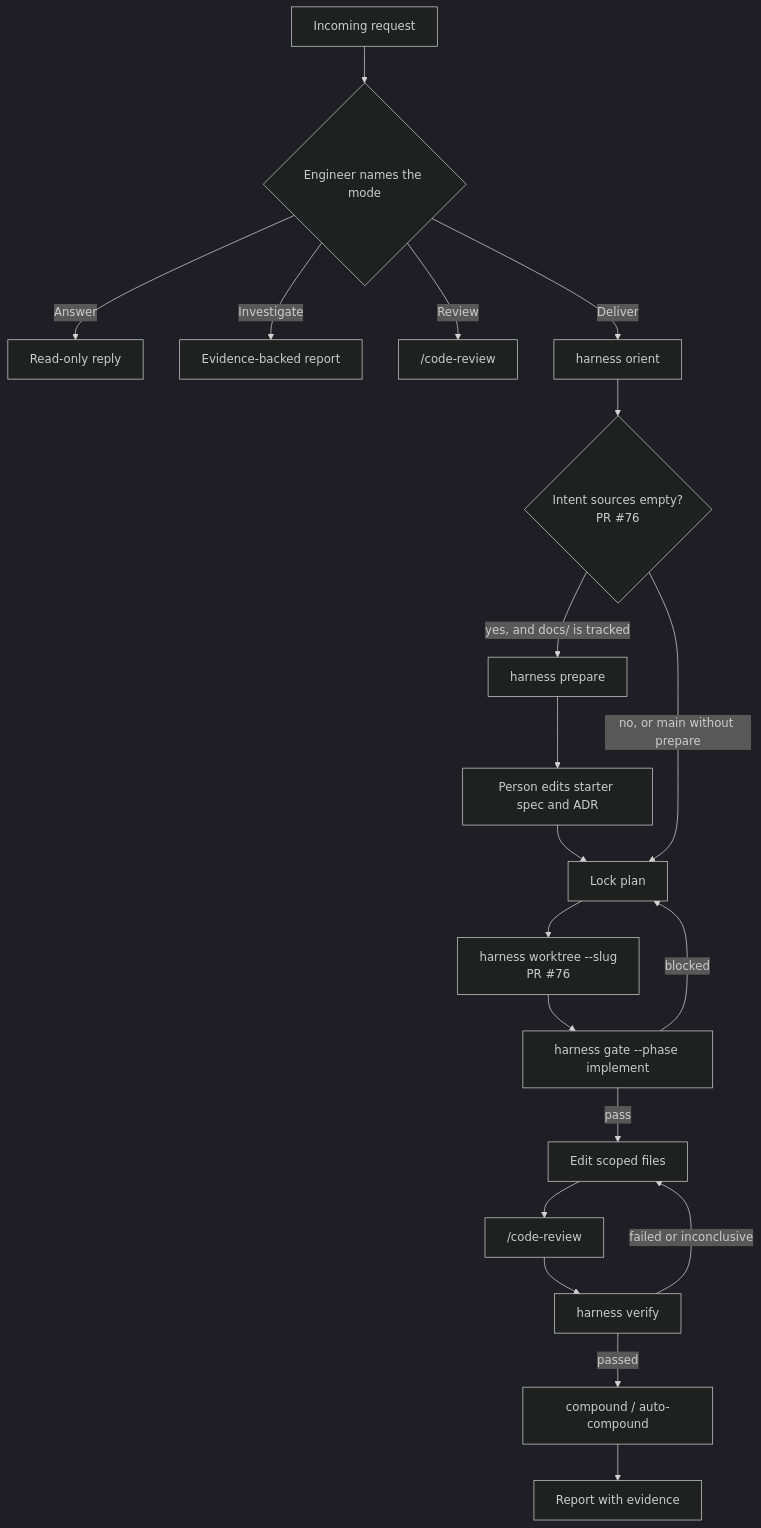
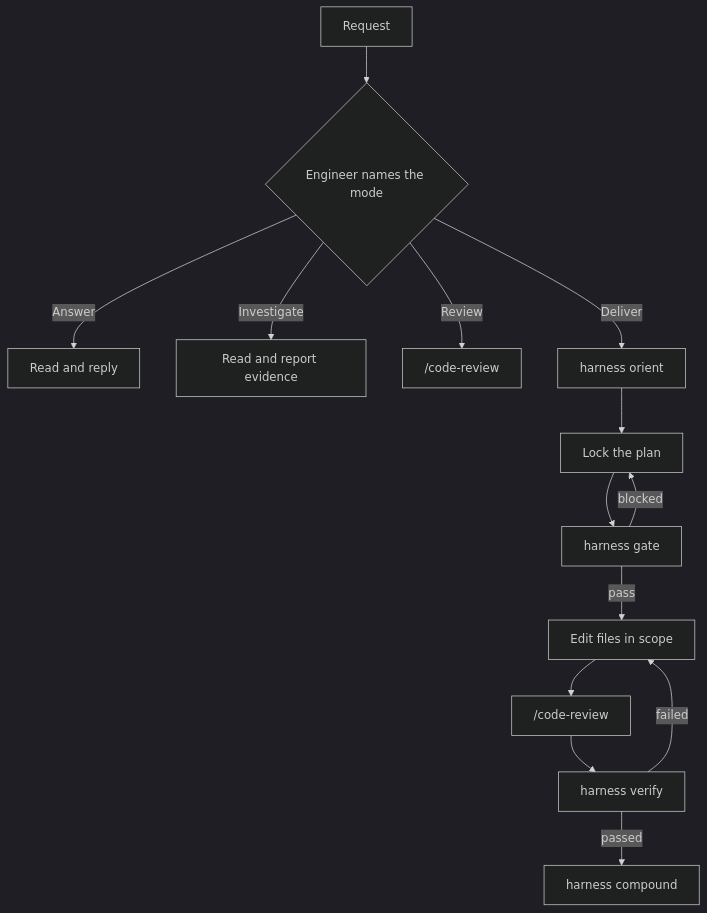
Before and after one commit to noodlemind/prompt-library: the first of 4 diagrams in docs/adaptive-engineering.md, drawn with Mermaid (dark theme). The commit also changed other lines of this file and 1 other file, not shown here.

````diff
--- a/docs/adaptive-engineering.md
+++ b/docs/adaptive-engineering.md
@@ -73,22 +58,16 @@
 ```mermaid
 flowchart TD
-  request[Incoming request] --> classify{Engineer names the mode}
-  classify -->|Answer| answer[Read-only reply]
-  classify -->|Investigate| investigate[Evidence-backed report]
+  request[Request] --> classify{Engineer names the mode}
+  classify -->|Answer| answer[Read and reply]
+  classify -->|Investigate| investigate[Read and report evidence]
   classify -->|Review| review["/code-review"]
   classify -->|Deliver| orient[harness orient]
-  orient --> prepare{"Intent sources empty?<br/>PR #76"}
-  prepare -->|yes, and docs/ is tracked| seed[harness prepare]
-  seed --> editSpecs[Person edits starter spec and ADR]
-  editSpecs --> lock[Lock plan]
-  prepare -->|no, or main without prepare| lock
-  lock --> worktree["harness worktree --slug<br/>PR #76"]
-  worktree --> gate[harness gate --phase implement]
+  orient --> lock[Lock the plan]
+  lock --> gate[harness gate]
   gate -->|blocked| lock
-  gate -->|pass| implement[Edit scoped files]
-  implement --> codeReview["/code-review"]
+  gate -->|pass| edit[Edit files in scope]
+  edit --> codeReview["/code-review"]
   codeReview --> verify[harness verify]
-  verify -->|failed or inconclusive| implement
-  verify -->|passed| compound[compound / auto-compound]
-  compound --> report[Report with evidence]
+  verify -->|failed| edit
+  verify -->|passed| compound[harness compound]
 ```
````
